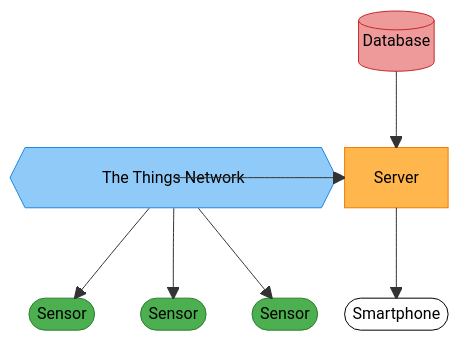
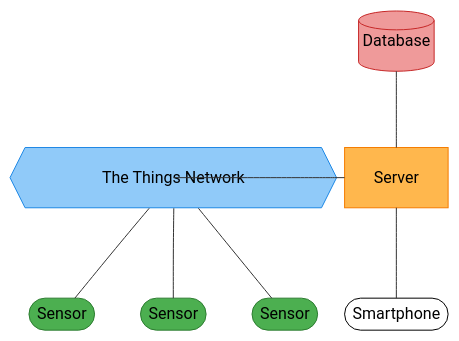
One commit to apekala/BirdSense changed the diagram in README.md. Above: the diagram before and after it, drawn with Mermaid.

````diff
--- a/README.md
+++ b/README.md
@@ -29,41 +29,41 @@
 ```mermaid
 block-beta
   columns 4
 
   %% Row 1: Database (Top Right)
   space:3
   db[("<font color='black'>Database</font>")]
 
   %% Vertical Spacer Row
   space:4
 
   %% Row 2: Cloud (Left) and Server (Right)
   ttn{{"<font color='black'>The Things Network</font>"}}:3
   server["<font color='black'>Server</font>"]
 
   %% Vertical Spacer Row
   space:4
 
   %% Row 3: Sensors (Left) and Smartphone (Right)
   s1(["<font color='black'>Sensor</font>"])
   s2(["<font color='black'>Sensor</font>"])
   s3(["<font color='black'>Sensor</font>"])
   phone(["<font color='black'>Smartphone</font>"])
 
   %% Logical Connections with Arrows
-  ttn --> s1
-  ttn --> s2
-  ttn --> s3
-  db --> server
-  server --> phone
-  ttn --> server
+  s1 --- ttn
+  s2 --- ttn
+  s3 --- ttn
+  server --- db
+  server --- phone
+  ttn --- server
 
   %% Color Styling
   style db fill:#EF9A9A,stroke:#C62828
   style server fill:#FFB74D,stroke:#F57C00
   style ttn fill:#90CAF9,stroke:#1E88E5
   style s1 fill:#4CAF50,stroke:#2E7D32
   style s2 fill:#4CAF50,stroke:#2E7D32
   style s3 fill:#4CAF50,stroke:#2E7D32
   style phone fill:#FFFFFF,stroke:#000000
 ```
````
